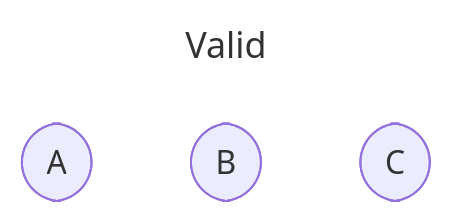
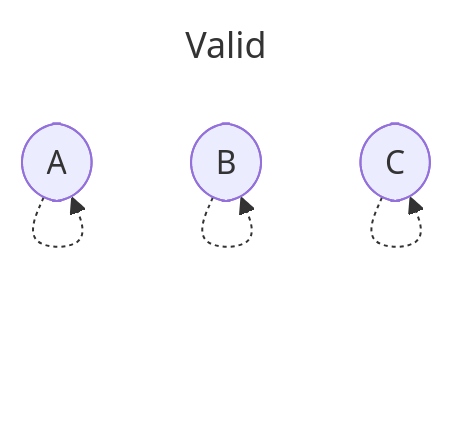
One commit to stepchowfun/proofs changed the fourth of 18 diagrams in proofs/AdmissibilityGraph/README.md. Above: the diagram before and after it, drawn with Mermaid. The commit also changed other lines of this file and 3 other files, not shown here.

Commit message:
Introduce a reflexivity axiom to the admissibility graph development

````diff
--- a/proofs/AdmissibilityGraph/README.md
+++ b/proofs/AdmissibilityGraph/README.md
@@ -90,9 +97,13 @@
 ```mermaid
 ---
 title: Valid
 ---
 flowchart TD
   a([A])
   b([B])
   c([C])
+
+  a -.-> a
+  b -.-> b
+  c -.-> c
 ```
````
